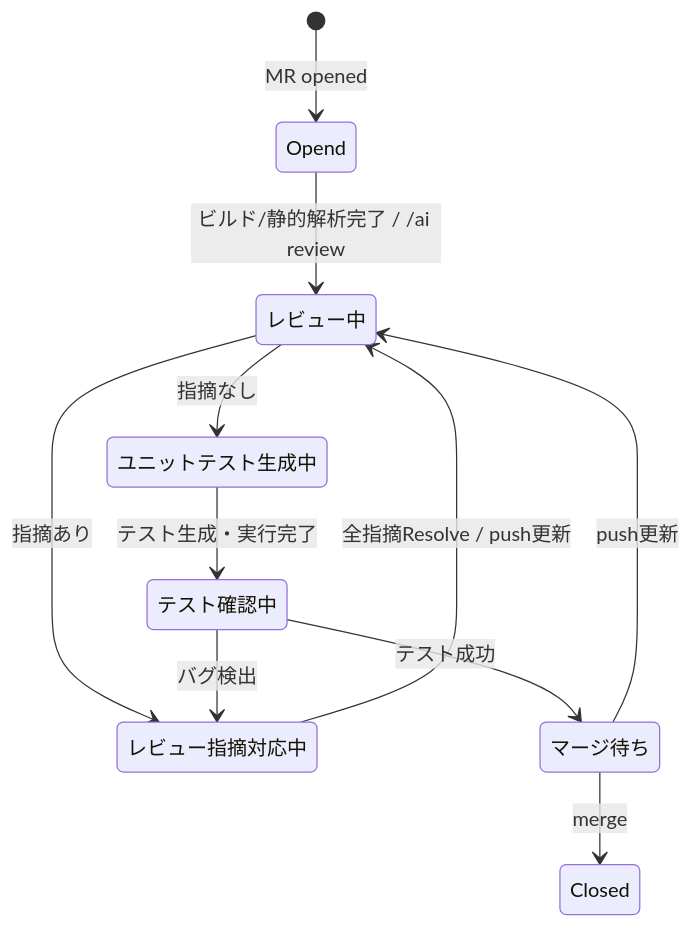
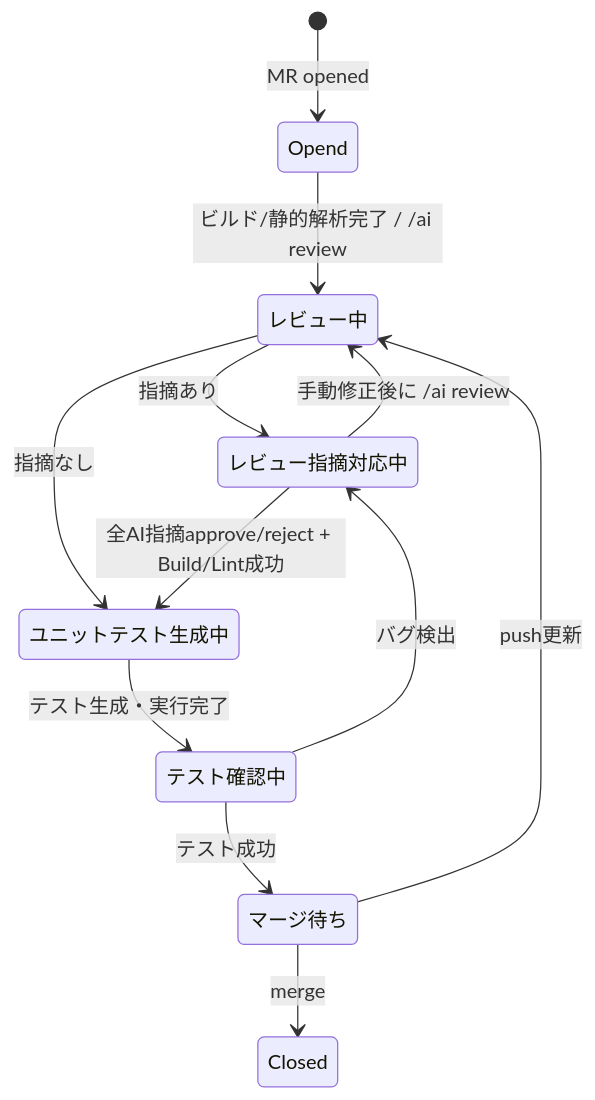
Before and after one commit to yugoueda/AI_Jenkins: the diagram in Doc/シーケンス図/MR状態設計.md, drawn with Mermaid. The commit also changed 6 other files, not shown here.

````diff
--- a/Doc/シーケンス図/MR状態設計.md
+++ b/Doc/シーケンス図/MR状態設計.md
@@ -27,17 +27,18 @@
 ```mermaid
 stateDiagram-v2
     [*] --> Opend: MR opened
 
     %% normal flow
     Opend --> レビュー中: ビルド/静的解析完了 / /ai review
     レビュー中 --> レビュー指摘対応中: 指摘あり
     レビュー中 --> ユニットテスト生成中: 指摘なし
-    レビュー指摘対応中 --> レビュー中: 全指摘Resolve / push更新
+    レビュー指摘対応中 --> ユニットテスト生成中: 全AI指摘approve/reject + Build/Lint成功
+    レビュー指摘対応中 --> レビュー中: 手動修正後に /ai review
     ユニットテスト生成中 --> テスト確認中: テスト生成・実行完了
     テスト確認中 --> マージ待ち: テスト成功
     マージ待ち --> Closed: merge
 
     %% rework
     テスト確認中 --> レビュー指摘対応中: バグ検出
     マージ待ち --> レビュー中: push更新
 ```
````
